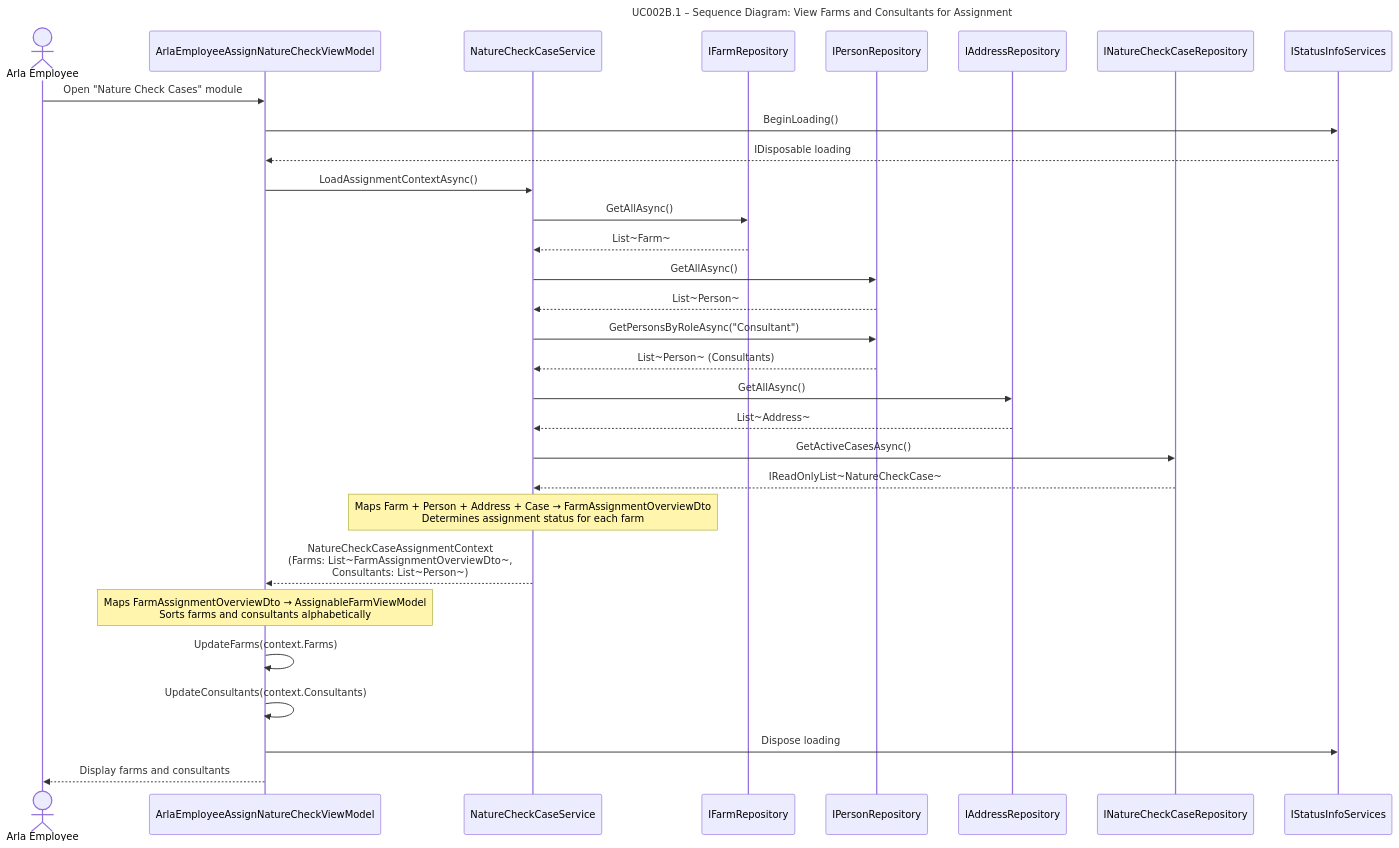
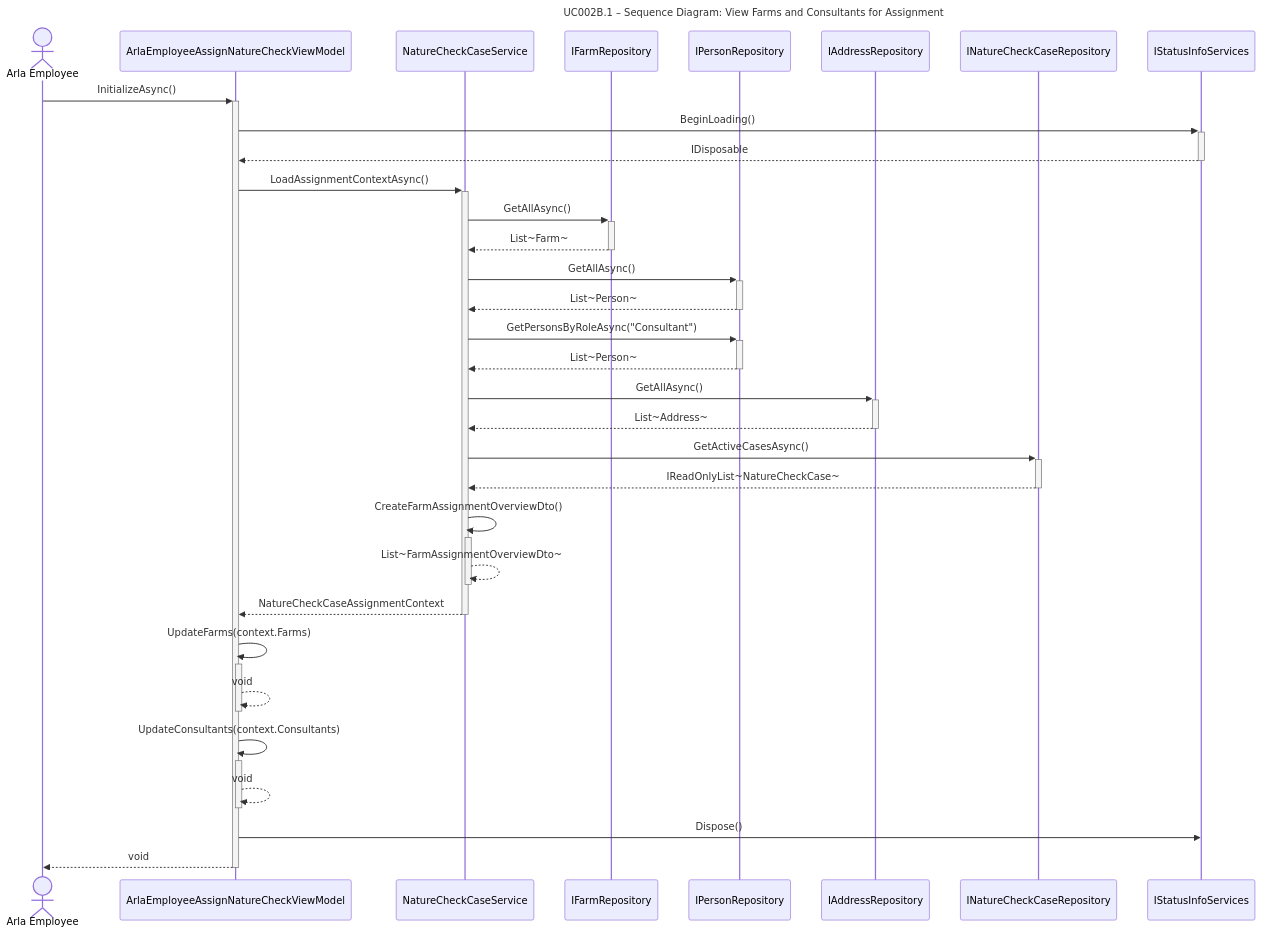
One commit to DMOoF25-TEAM11/ArlaNatureConnect changed the diagram in docs/UseCase002B-AssignNatureCheckCase/UserStories/UC002B.1-ViewFarmsAndConsultants/UC002B.1-SD.md. Above: the diagram before and after it, drawn with Mermaid. The commit also changed other lines of this file and 65 other files, not shown here.

Commit message:
Update of UML

````diff
--- a/docs/UseCase002B-AssignNatureCheckCase/UserStories/UC002B.1-ViewFarmsAndConsultants/UC002B.1-SD.md
+++ b/docs/UseCase002B-AssignNatureCheckCase/UserStories/UC002B.1-ViewFarmsAndConsultants/UC002B.1-SD.md
@@ -5,42 +5,40 @@
 ```mermaid
 sequenceDiagram
     title UC002B.1 – Sequence Diagram: View Farms and Consultants for Assignment
 
     actor ArlaEmployee as Arla Employee
     participant ViewModel as ArlaEmployeeAssignNatureCheckViewModel
     participant Service as NatureCheckCaseService
     participant FarmRepo as IFarmRepository
     participant PersonRepo as IPersonRepository
     participant AddressRepo as IAddressRepository
     participant CaseRepo as INatureCheckCaseRepository
     participant StatusService as IStatusInfoServices
 
-    %% Initialization Flow
-    ArlaEmployee ->> ViewModel: Open "Nature Check Cases" module
-    ViewModel ->> StatusService: BeginLoading()
-    StatusService -->> ViewModel: IDisposable loading
-    ViewModel ->> Service: LoadAssignmentContextAsync()
+    ArlaEmployee ->>+ ViewModel: InitializeAsync()
+    ViewModel ->>+ StatusService: BeginLoading()
+    StatusService -->>- ViewModel: IDisposable
+    ViewModel ->>+ Service: LoadAssignmentContextAsync()
     
-    %% Service loads data from multiple repositories
-    Service ->> FarmRepo: GetAllAsync()
-    FarmRepo -->> Service: List~Farm~
-    Service ->> PersonRepo: GetAllAsync()
-    PersonRepo -->> Service: List~Person~
-    Service ->> PersonRepo: GetPersonsByRoleAsync("Consultant")
-    PersonRepo -->> Service: List~Person~ (Consultants)
-    Service ->> AddressRepo: GetAllAsync()
-    AddressRepo -->> Service: List~Address~
-    Service ->> CaseRepo: GetActiveCasesAsync()
-    CaseRepo -->> Service: IReadOnlyList~NatureCheckCase~
+    Service ->>+ FarmRepo: GetAllAsync()
+    FarmRepo -->>- Service: List~Farm~
+    Service ->>+ PersonRepo: GetAllAsync()
+    PersonRepo -->>- Service: List~Person~
+    Service ->>+ PersonRepo: GetPersonsByRoleAsync("Consultant")
+    PersonRepo -->>- Service: List~Person~
+    Service ->>+ AddressRepo: GetAllAsync()
+    AddressRepo -->>- Service: List~Address~
+    Service ->>+ CaseRepo: GetActiveCasesAsync()
+    CaseRepo -->>- Service: IReadOnlyList~NatureCheckCase~
     
-    %% Service maps Entities to DTOs
-    Note over Service: Maps Farm + Person + Address + Case → FarmAssignmentOverviewDto<br/>Determines assignment status for each farm
-    Service -->> ViewModel: NatureCheckCaseAssignmentContext<br/>(Farms: List~FarmAssignmentOverviewDto~,<br/>Consultants: List~Person~)
+    Service ->>+ Service: CreateFarmAssignmentOverviewDto()
+    Service -->>- Service: List~FarmAssignmentOverviewDto~
+    Service -->>- ViewModel: NatureCheckCaseAssignmentContext
     
-    %% ViewModel maps DTOs to ViewModel Items
-    Note over ViewModel: Maps FarmAssignmentOverviewDto → AssignableFarmViewModel<br/>Sorts farms and consultants alphabetically
-    ViewModel ->> ViewModel: UpdateFarms(context.Farms)
-    ViewModel ->> ViewModel: UpdateConsultants(context.Consultants)
-    ViewModel ->> StatusService: Dispose loading
-    ViewModel -->> ArlaEmployee: Display farms and consultants
+    ViewModel ->>+ ViewModel: UpdateFarms(context.Farms)
+    ViewModel -->>- ViewModel: void
+    ViewModel ->>+ ViewModel: UpdateConsultants(context.Consultants)
+    ViewModel -->>- ViewModel: void
+    ViewModel ->> StatusService: Dispose()
+    ViewModel -->>- ArlaEmployee: void
 ```
````
